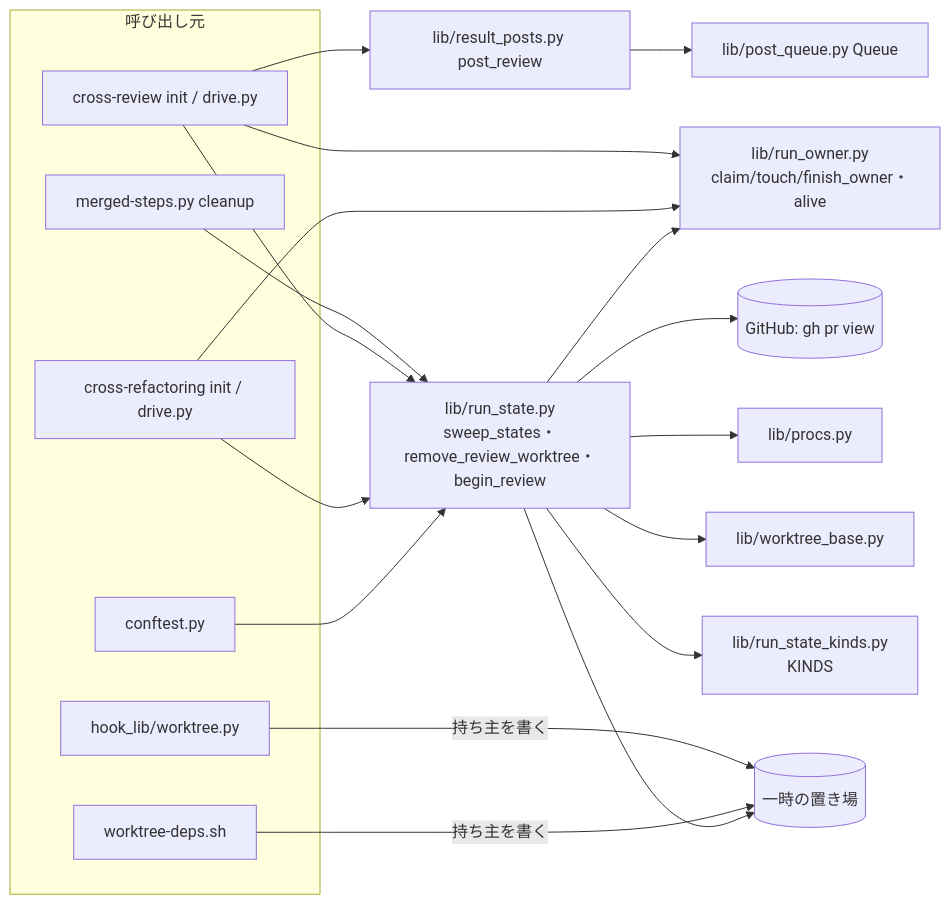
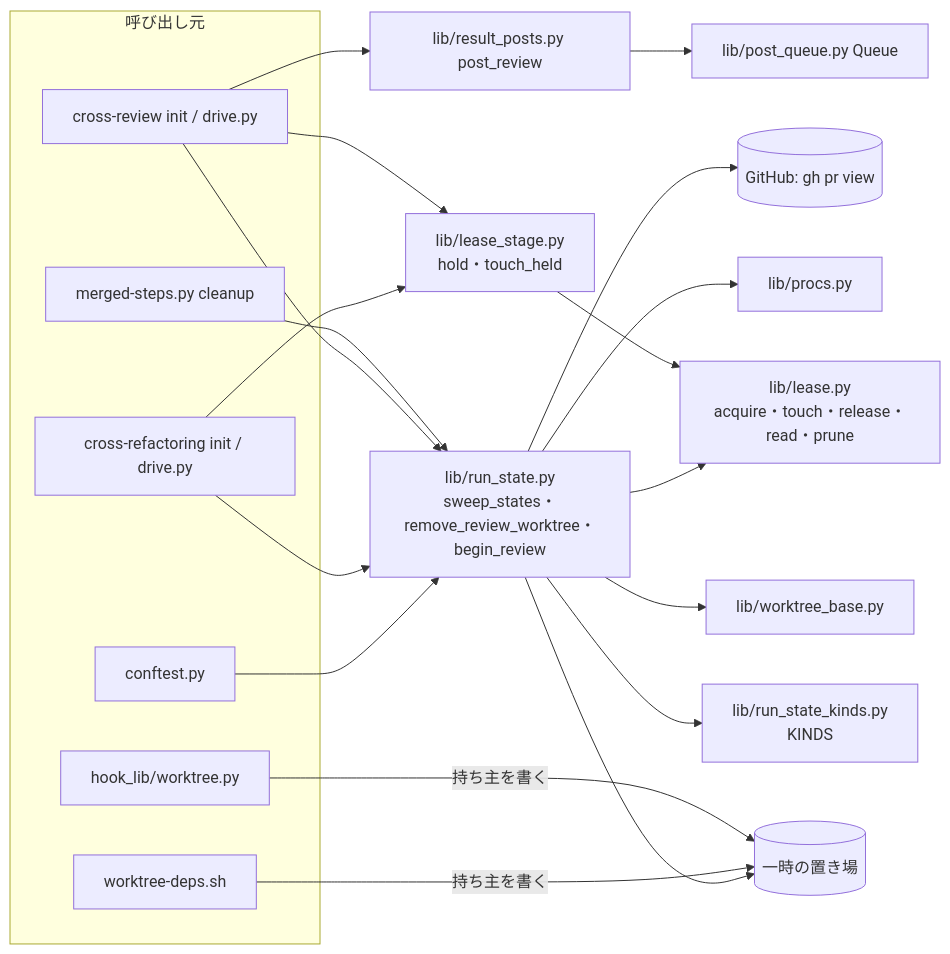
Before and after one commit to devbasex/ai-plugins: the first of 4 diagrams in docs/specifications/ndf-run-state-owner-and-sweep.md, drawn with Mermaid. The commit also changed other lines of this file and 4 other files, not shown here.

````diff
--- a/docs/specifications/ndf-run-state-owner-and-sweep.md
+++ b/docs/specifications/ndf-run-state-owner-and-sweep.md
@@ -128,34 +131,36 @@
 ```mermaid
 flowchart LR
   subgraph callers[呼び出し元]
     M[merged-steps.py cleanup]
     CR[cross-review init / drive.py]
     RF[cross-refactoring init / drive.py]
     H[hook_lib/worktree.py]
     D[worktree-deps.sh]
     T[conftest.py]
   end
   RS[lib/run_state.py<br/>sweep_states・remove_review_worktree・begin_review]
-  RO[lib/run_owner.py<br/>claim/touch/finish_owner・alive]
+  RO[lib/lease.py<br/>acquire・touch・release・read・prune]
+  LS[lib/lease_stage.py<br/>hold・touch_held]
   K[lib/run_state_kinds.py<br/>KINDS]
   WB[lib/worktree_base.py]
   P[lib/procs.py]
   GH[(GitHub: gh pr view)]
   FS[(一時の置き場)]
   M --> RS
   CR --> RS
-  CR --> RO
+  CR --> LS
   RF --> RS
-  RF --> RO
+  RF --> LS
+  LS --> RO
   T --> RS
   H -->|持ち主を書く| FS
   D -->|持ち主を書く| FS
   RS --> RO
   RS --> K
   RS --> WB
   RS --> P
   RS --> GH
   RS --> FS
   RP[lib/result_posts.py post_review] --> PQ[lib/post_queue.py Queue]
   CR --> RP
 ```
````
